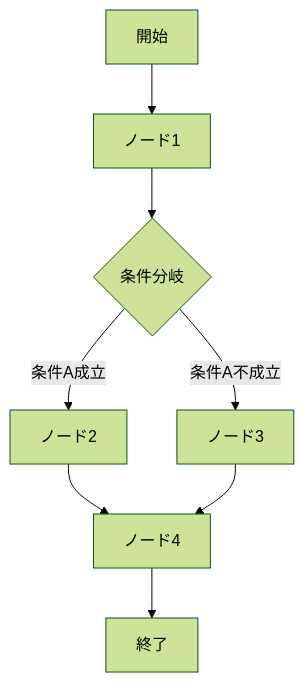
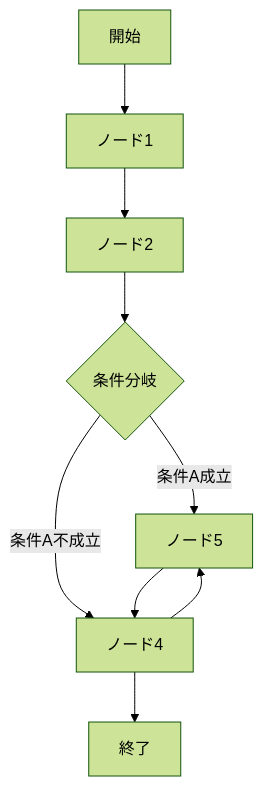
One commit to tpu-game-2023/mermaid_test changed the first of 3 diagrams in README.md. Above: the diagram before and after it, drawn with Mermaid (forest theme).

````diff
--- a/README.md
+++ b/README.md
@@ -20,11 +20,12 @@
 ```mermaid
 flowchart TD;
 A[開始] --> B[ノード1]
-B --> C{条件分岐}
-C --> |条件A成立| D[ノード2]
-C --> |条件A不成立| E[ノード3]
-D --> F[ノード4]
+B --> C[ノード2]
+C --> D{条件分岐}
+D --> |条件A成立| E[ノード3]
+D --> |条件A不成立| F[ノード4]
+F --> E[ノード5]
 E --> F
 F --> G[終了]
 
 ```
````
